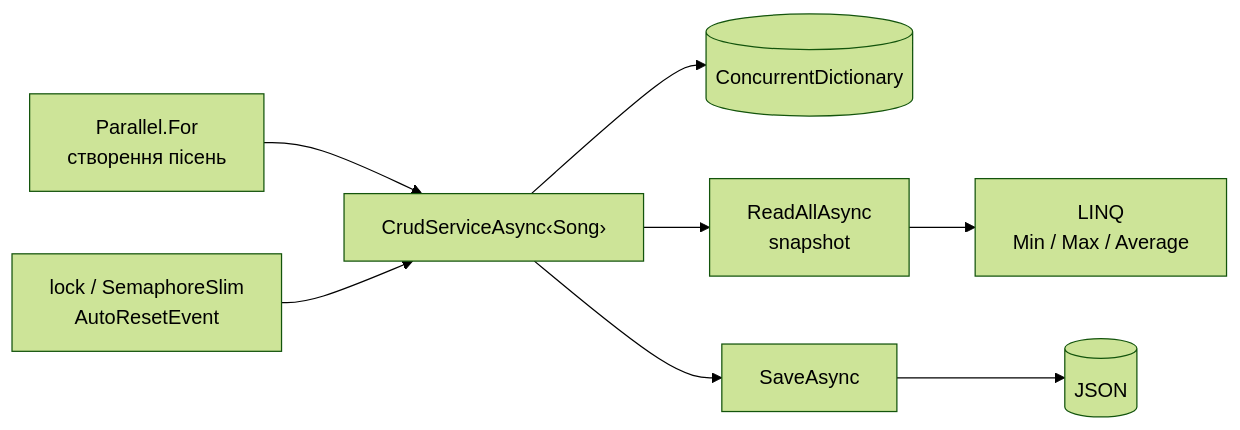
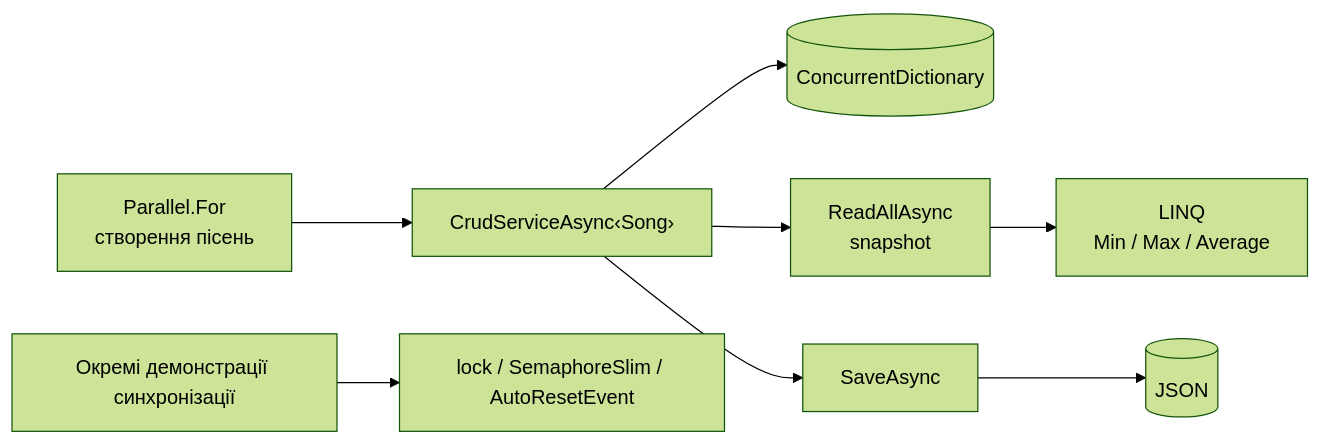
The diagram in docs/PROJECT_REPORT.md (ZvezniyLord/NUPP_NET_2026_-404TH-_TK_-Galenko-_Lab), drawn with Mermaid (forest theme) before and after one commit.

Commit message:
fix(lab2): correct verified report claims and improve clarity

````diff
--- a/docs/PROJECT_REPORT.md
+++ b/docs/PROJECT_REPORT.md
@@ -14,10 +14,10 @@
 ```mermaid
 flowchart LR
     A["Parallel.For<br/>створення пісень"] --> B["CrudServiceAsync‹Song›"]
     B --> C[("ConcurrentDictionary")]
     B --> D["ReadAllAsync<br/>snapshot"]
     D --> E["LINQ<br/>Min / Max / Average"]
     B --> F["SaveAsync"]
     F --> G[("JSON")]
-    H["lock / SemaphoreSlim<br/>AutoResetEvent"] --> B
+    H["Окремі демонстрації синхронізації"] --> I["lock / SemaphoreSlim / AutoResetEvent"]
 ```
````
